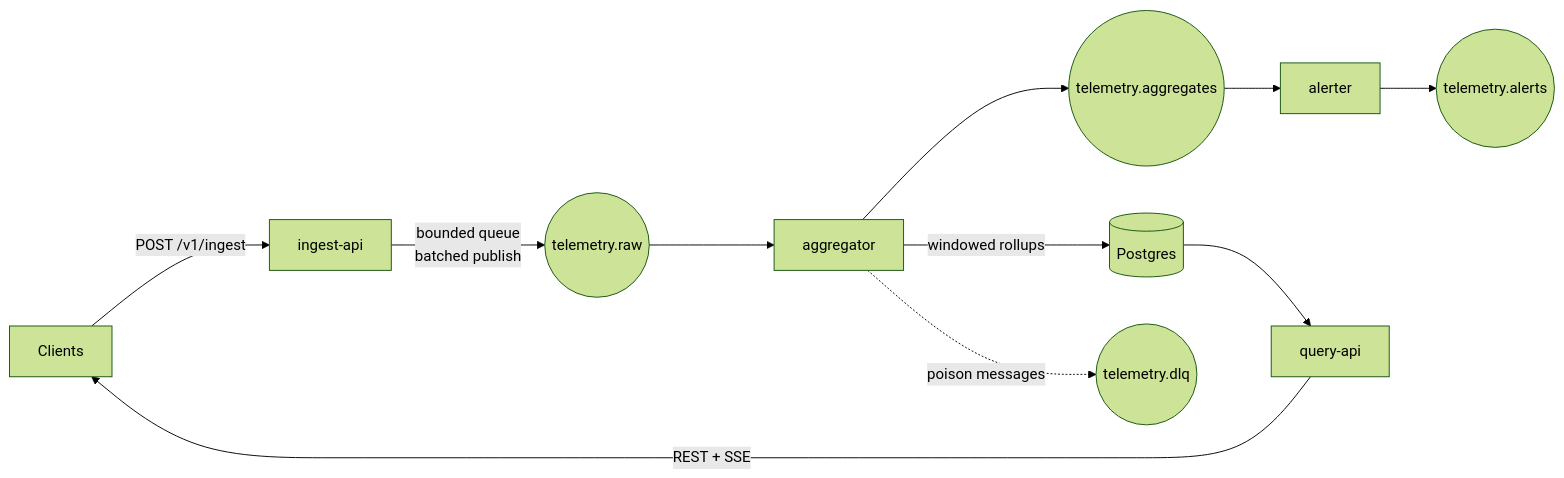
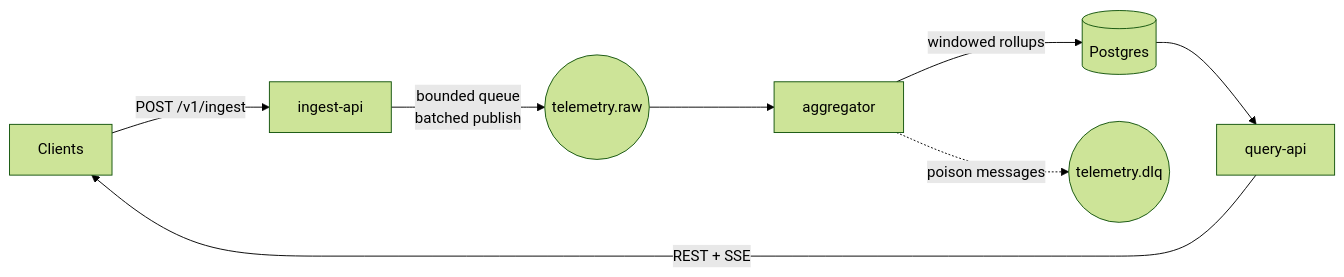
The diagram in README.md (jon-jc/fluxgate), drawn with Mermaid (forest theme) before and after one commit. The commit also changed other lines of this file and 25 other files, not shown here.

````diff
--- a/README.md
+++ b/README.md
@@ -12,13 +12,10 @@
 ```mermaid
 flowchart LR
     C[Clients] -->|POST /v1/ingest| I[ingest-api]
     I -->|bounded queue<br/>batched publish| T((telemetry.raw))
     T --> A[aggregator]
     A -->|windowed rollups| P[(Postgres)]
-    A --> AG((telemetry.aggregates))
-    AG --> AL[alerter]
-    AL --> N((telemetry.alerts))
     A -.->|poison messages| D((telemetry.dlq))
     P --> Q[query-api]
     Q -->|REST + SSE| C
 ```
````
